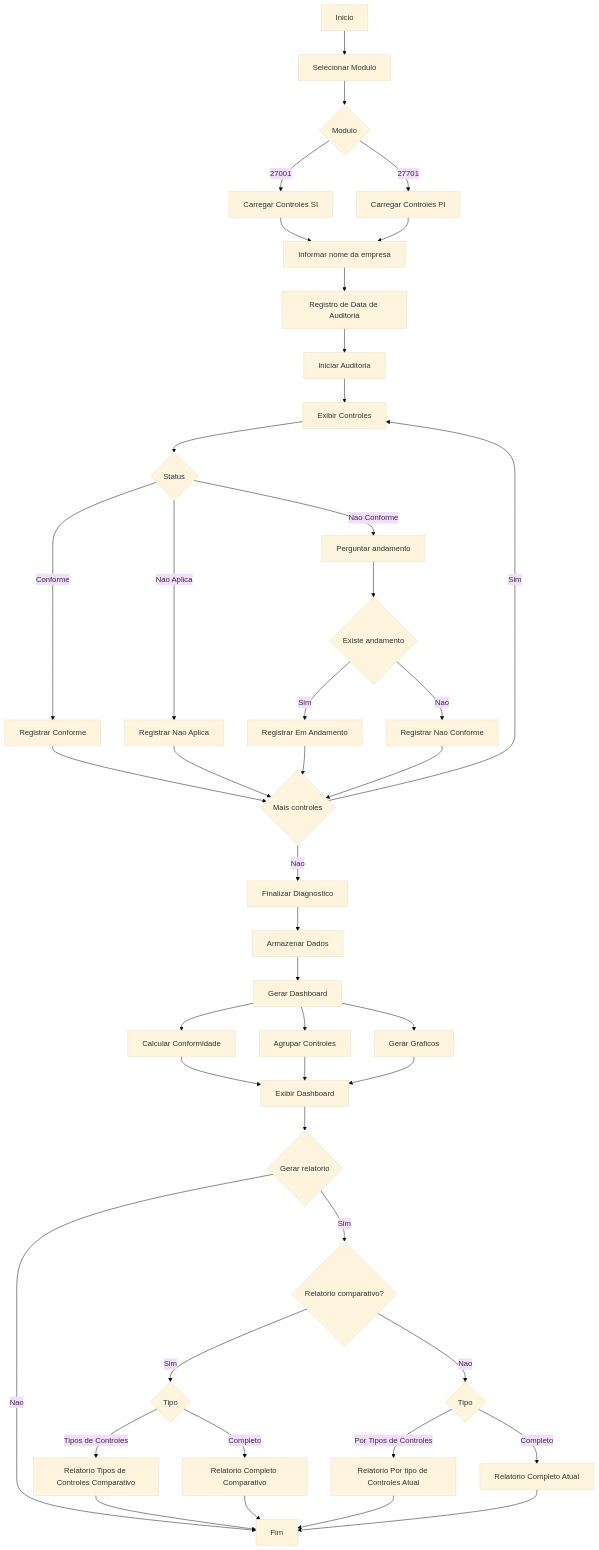
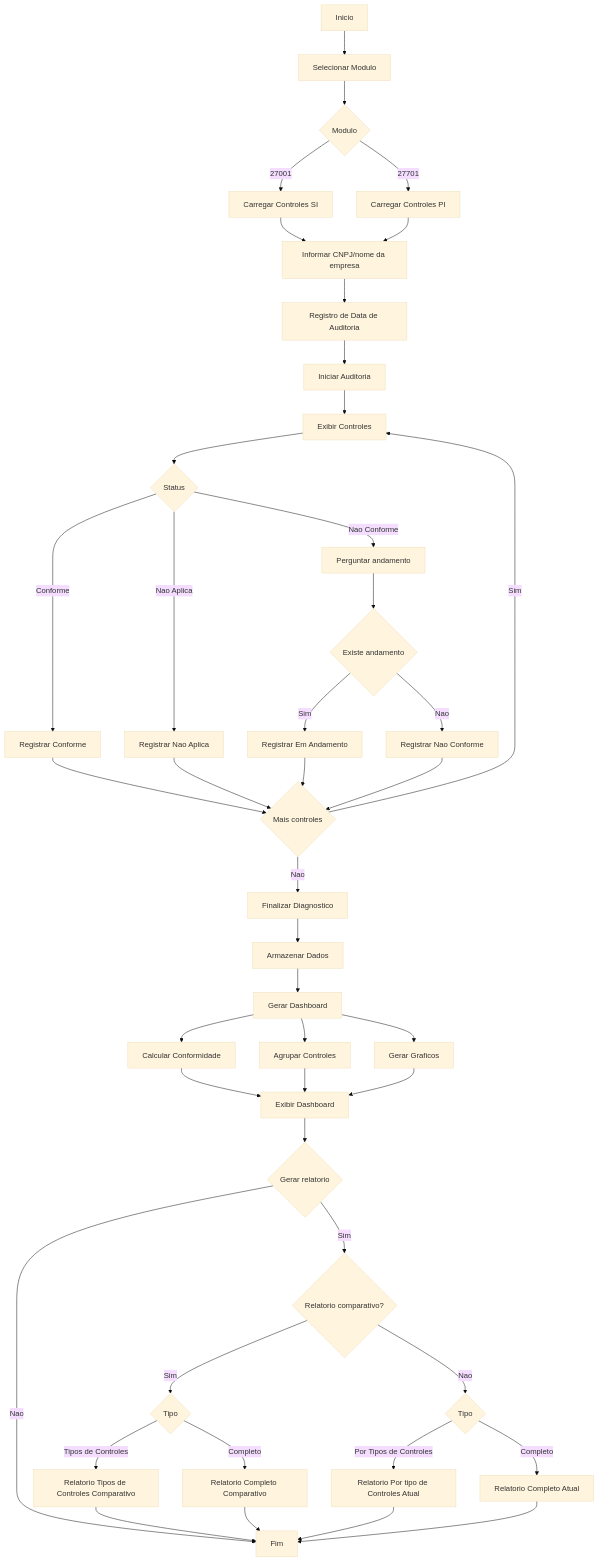
Before and after one commit to mehranmisaghi/cybersecurity: the diagram in projetos/PSI.md, drawn with Mermaid (base theme).

Commit message:
PSI updated

````diff
--- a/projetos/PSI.md
+++ b/projetos/PSI.md
@@ -38,69 +38,69 @@
 ```mermaid
 flowchart TD
 
     A[Inicio] --> B[Selecionar Modulo]
 
     B --> C{Modulo}
 
     C -->|27001| D[Carregar Controles SI]
     C -->|27701| E[Carregar Controles PI]
 
-    D --> F[Informar nome da empresa]
+    D --> F[Informar CNPJ/nome da empresa]
     E --> F
 
     F --> G[Registro de Data de Auditoria]
 
     G --> H[Iniciar Auditoria]
 
     H --> I[Exibir Controles]
 
     I --> J{Status}
 
     J -->|Conforme| K[Registrar Conforme]
     J -->|Nao Conforme| L[Perguntar andamento]
     J -->|Nao Aplica| M[Registrar Nao Aplica]
 
     L --> N{Existe andamento}
 
     N -->|Sim| O[Registrar Em Andamento]
     N -->|Nao| P[Registrar Nao Conforme]
 
     K --> Q{Mais controles}
     M --> Q
     O --> Q
     P --> Q
 
     Q -->|Sim| I
     Q -->|Nao| R[Finalizar Diagnostico]
 
     R --> S[Armazenar Dados]
 
     S --> T[Gerar Dashboard]
 
     T --> U[Calcular Conformidade]
     T --> V[Agrupar Controles]
     T --> W[Gerar Graficos]
 
     U --> X[Exibir Dashboard]
     V --> X
     W --> X
 
     X --> Y{Gerar relatorio}
 
     Y -->|Sim| Z{Relatorio comparativo?}
     Y -->|Nao| AF[Fim]
 
     Z -->|Sim| AA{Tipo}
     Z -->|Nao| AB{Tipo}
 
     AA -->|Tipos de Controles| AC[Relatorio Tipos de Controles Comparativo]
     AA -->|Completo| AD[Relatorio Completo Comparativo]
 
     AB -->|Por Tipos de Controles| AE[Relatorio Por tipo de Controles Atual]
     AB -->|Completo| AG[Relatorio Completo Atual]
 
     AC --> AF
     AD --> AF
     AE --> AF
     AG --> AF
 ```
````
